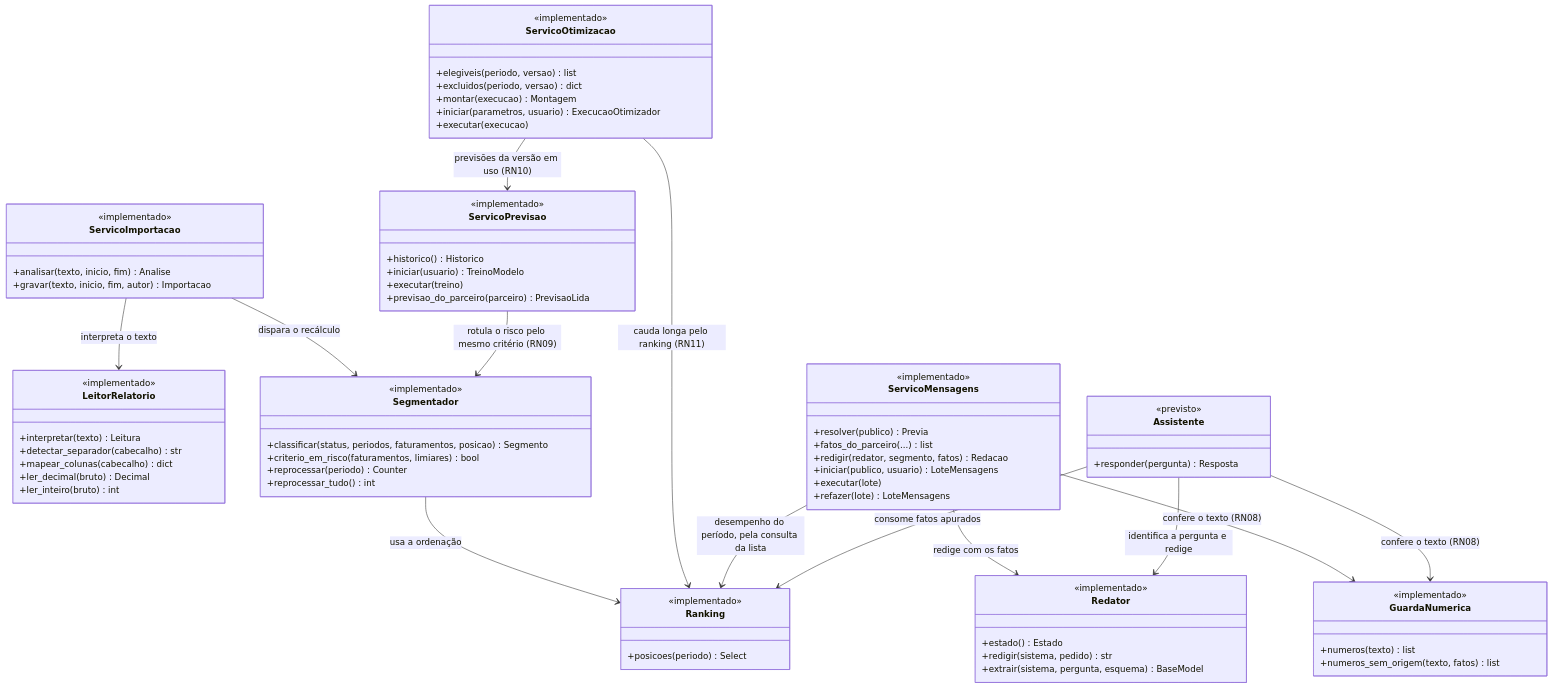
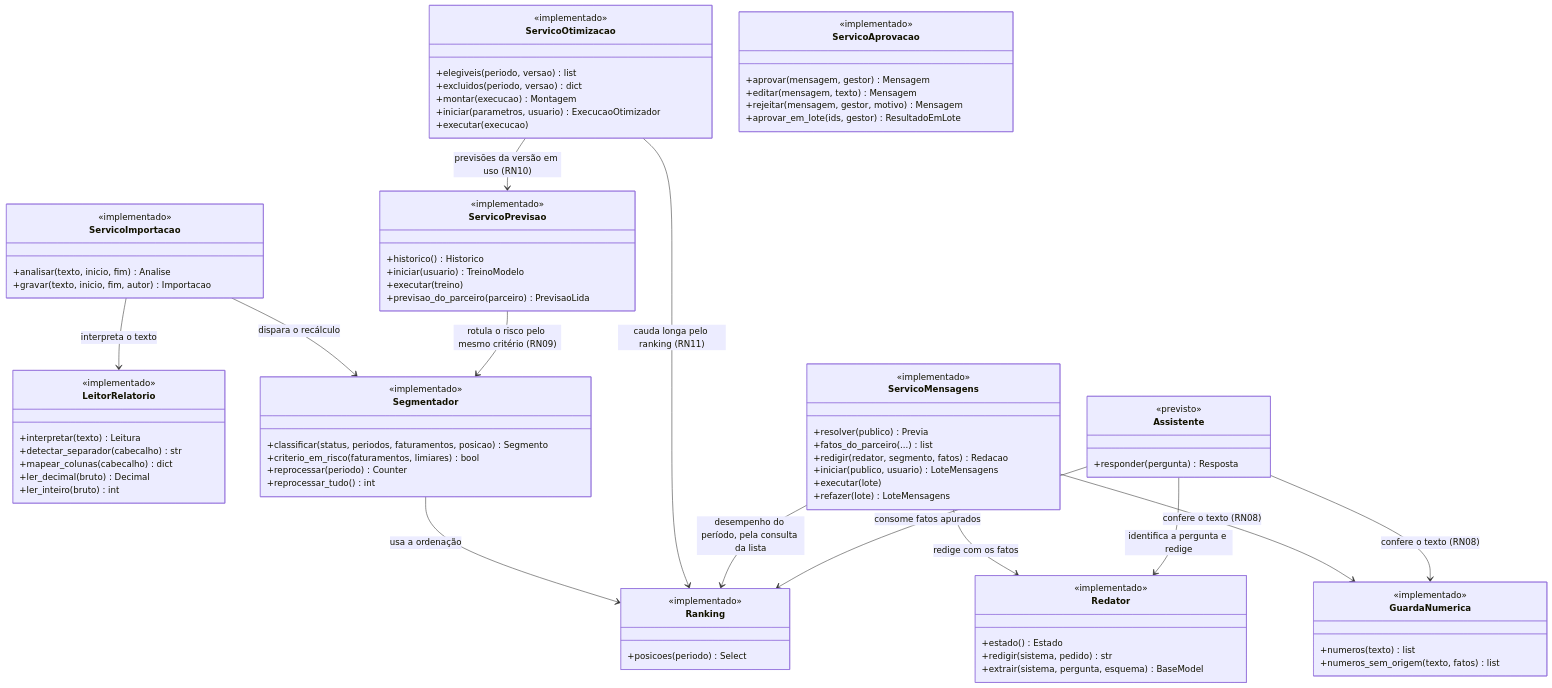
One commit to PedroMiranda243/gih-fabrica-de-software changed the sixth of 8 diagrams in docs/10-diagrama-de-classes.md. Above: the diagram before and after it, drawn with Mermaid. The commit also changed other lines of this file and 2 other files, not shown here.

Commit message:
docs: a fila e a decisão no UC11, no modelo de dados e no diagrama de classes
Refs #156 #157 #158

```diff
--- a/docs/10-diagrama-de-classes.md
+++ b/docs/10-diagrama-de-classes.md
@@ -549,6 +549,14 @@
         +refazer(lote) LoteMensagens
     }
 
+    class ServicoAprovacao {
+        <<implementado>>
+        +aprovar(mensagem, gestor) Mensagem
+        +editar(mensagem, texto) Mensagem
+        +rejeitar(mensagem, gestor, motivo) Mensagem
+        +aprovar_em_lote(ids, gestor) ResultadoEmLote
+    }
+
     class Assistente {
         <<previsto>>
         +responder(pergunta) Resposta
```
